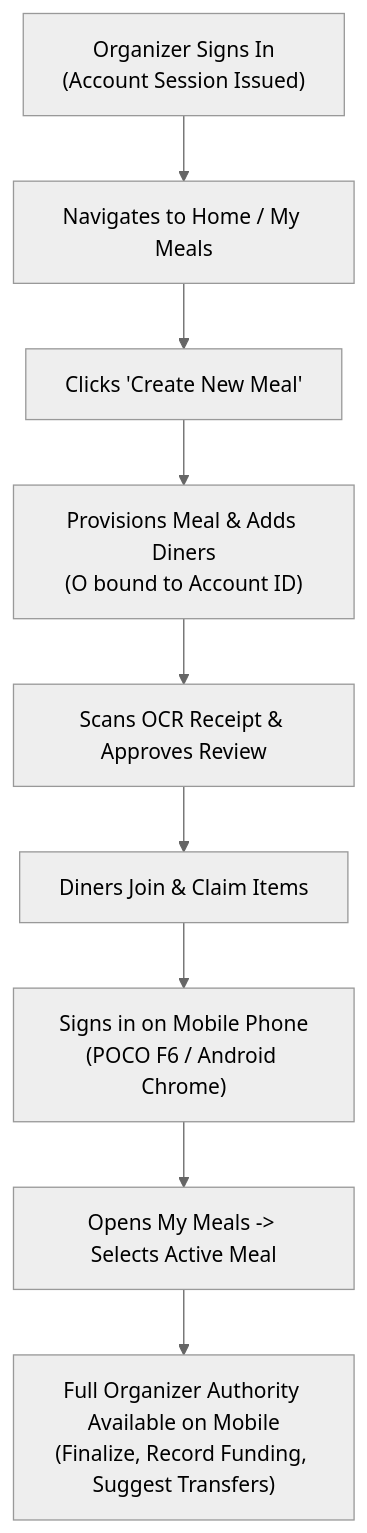
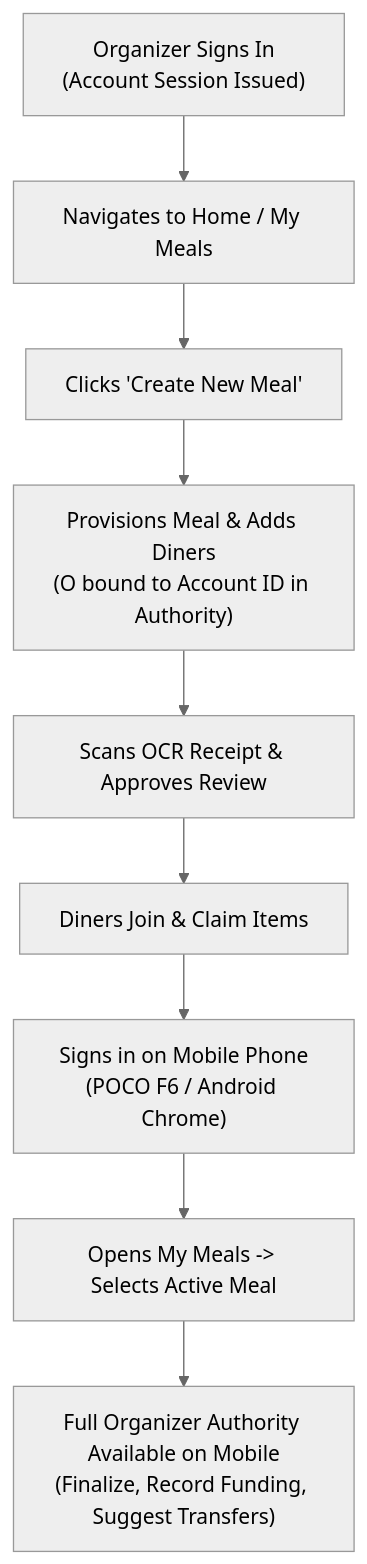
One commit to KAIYI7/settle-table changed the first of 6 diagrams in docs/plans/ACCOUNT_IDENTITY_AND_MY_MEALS.md. Above: the diagram before and after it, drawn with Mermaid (neutral theme). The commit also changed other lines of this file, not shown here.

Commit message:
docs(plan): refine account identity roadmap with authority seam and conflict rules

````diff
--- a/docs/plans/ACCOUNT_IDENTITY_AND_MY_MEALS.md
+++ b/docs/plans/ACCOUNT_IDENTITY_AND_MY_MEALS.md
@@ -140,11 +141,11 @@
 ```mermaid
 flowchart TD
     A["Organizer Signs In\n(Account Session Issued)"] --> B["Navigates to Home / My Meals"]
     B --> C["Clicks 'Create New Meal'"]
-    C --> D["Provisions Meal & Adds Diners\n(O bound to Account ID)"]
+    C --> D["Provisions Meal & Adds Diners\n(O bound to Account ID in Authority)"]
     D --> E["Scans OCR Receipt & Approves Review"]
     E --> F["Diners Join & Claim Items"]
     F --> G["Signs in on Mobile Phone\n(POCO F6 / Android Chrome)"]
     G --> H["Opens My Meals -> Selects Active Meal"]
     H --> I["Full Organizer Authority Available on Mobile\n(Finalize, Record Funding, Suggest Transfers)"]
 ```
````
